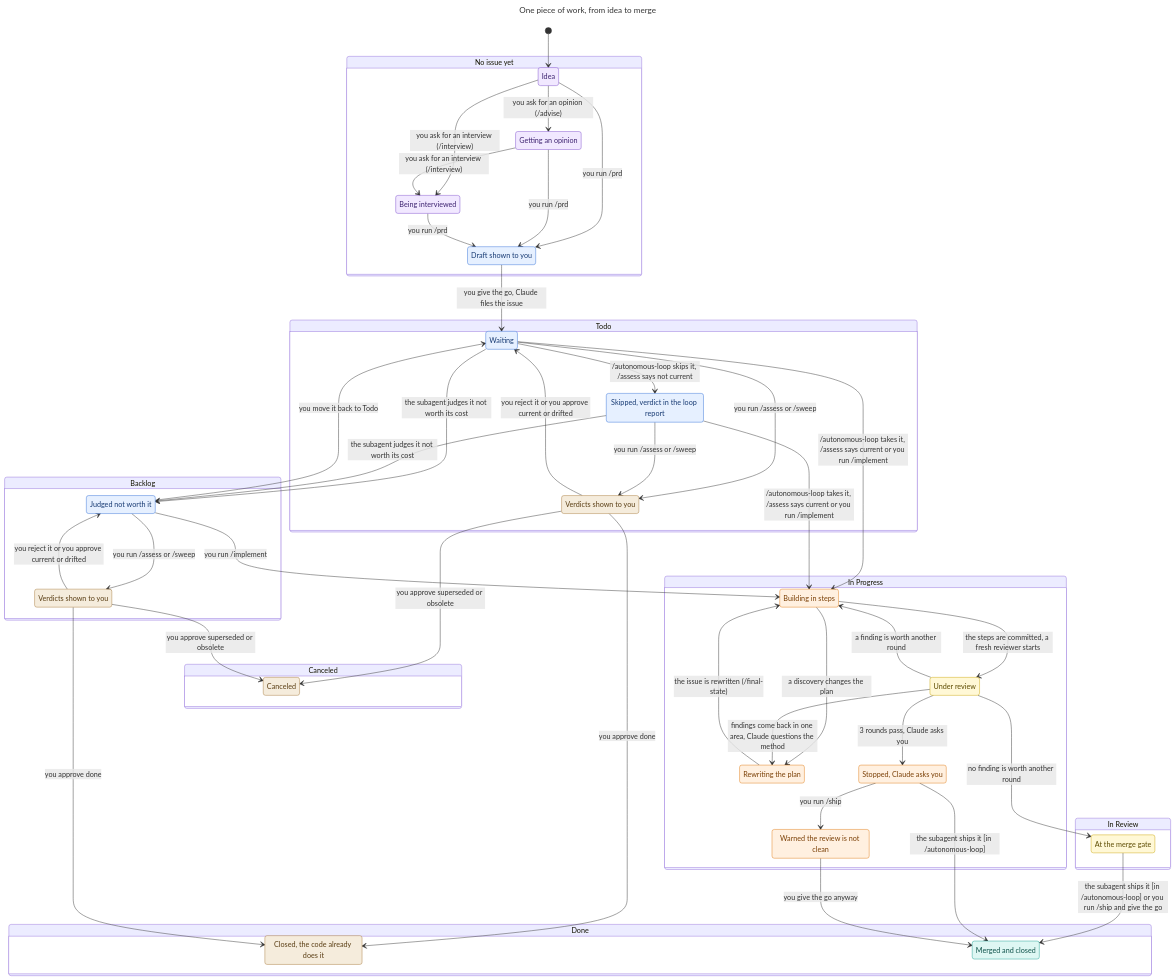
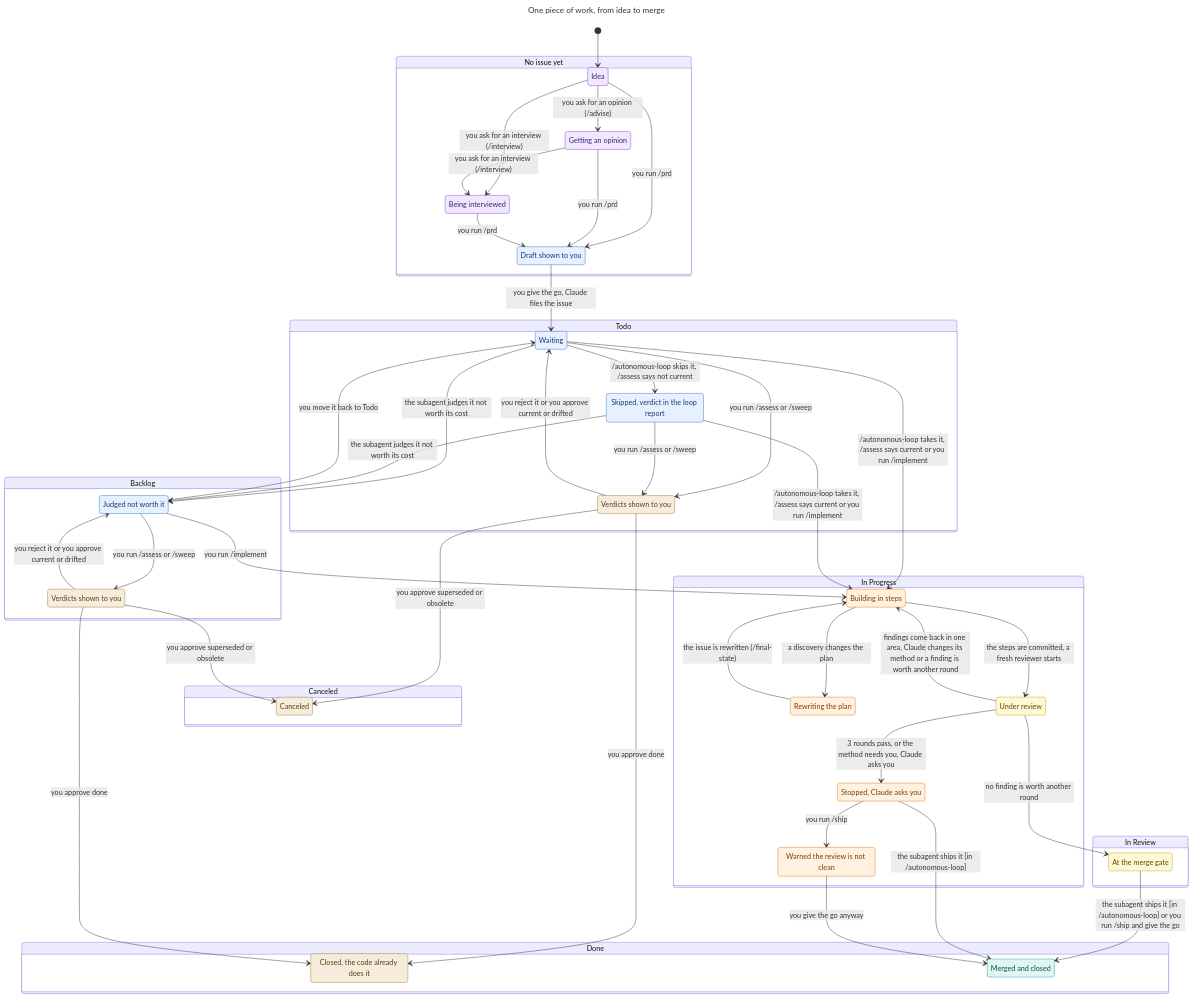
The second of 2 diagrams in README.md (felipeam86/pipe-skills), drawn with Mermaid before and after one commit. The commit also changed other lines of this file and 2 other files, not shown here.

Commit message:
GH-10: Show in the chart that implement changes its method or asks the user
Review round 1 found that the chart sent findings in one area to a rewrite of the issue, and did not show the stop where Claude asks the user. Findings in one area now go back to building with a new method, and the stop where Claude asks the user joins the 3-round stop.

Validation: TLC holds every rule and finds no deadlock on Lifecycle.cfg and Lifecycle-main.cfg. Both charts changed: the edge from review to the rewrite of the plan is gone, and the labels of the edges back to building and to the stop changed. Both charts in README.md equal the TLC output. No skill text changed.

```diff
--- a/README.md
+++ b/README.md
@@ -175,10 +174,9 @@
   s8 --> s19: you approve superseded or obsolete
   s8 --> s21: you approve done
   s11 --> s10: the issue is rewritten (/final-state)
-  s12 --> s10: a finding is worth another round
-  s12 --> s11: findings come back in one area, Claude questions the method
+  s12 --> s10: findings come back in one area, Claude changes its method or a finding is worth another round
   s12 --> s24: no finding is worth another round
-  s12 --> s13: 3 rounds pass, Claude asks you
+  s12 --> s13: 3 rounds pass, or the method needs you, Claude asks you
   s17 --> s16: you reject it or you approve current or drifted
   s17 --> s19: you approve superseded or obsolete
   s17 --> s21: you approve done
```
